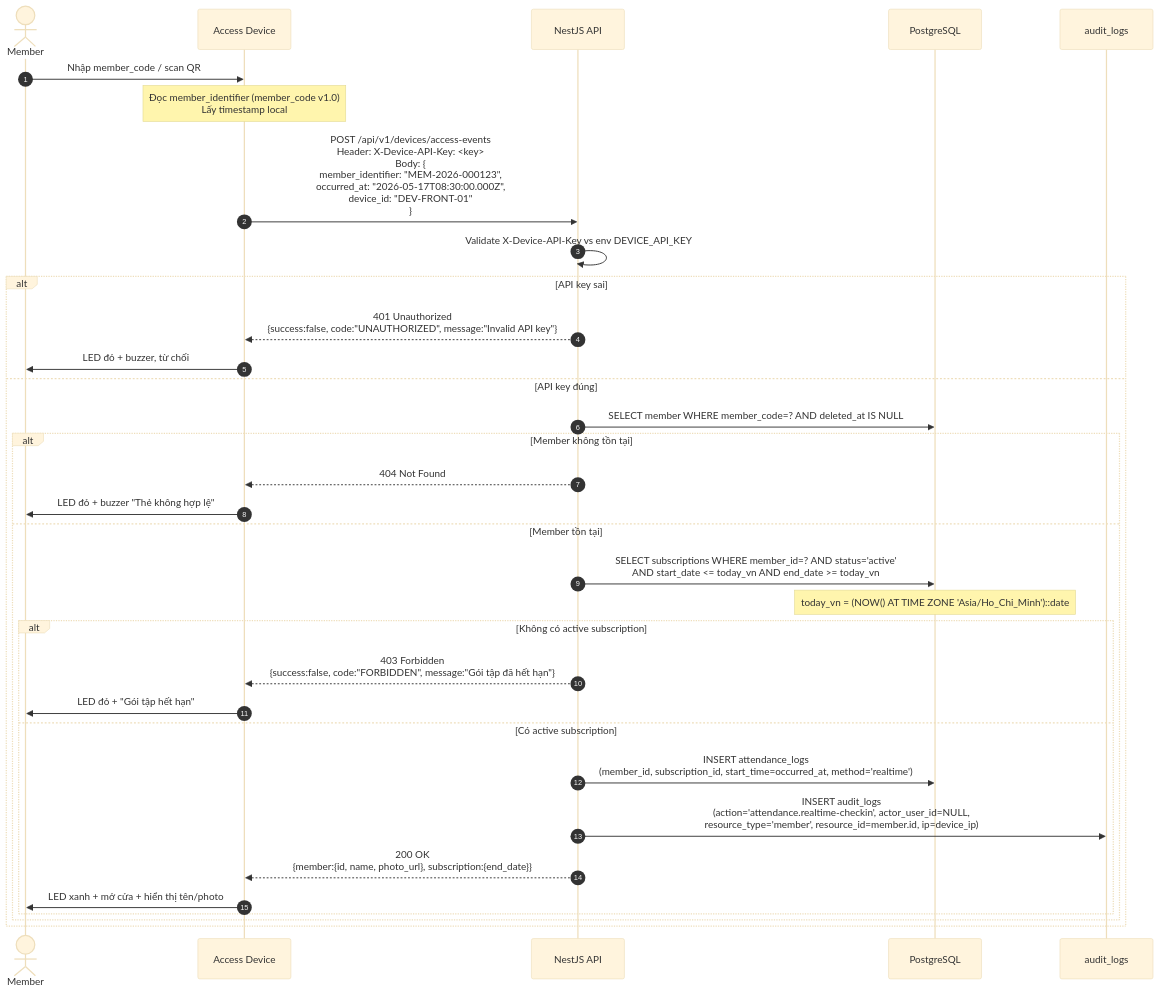
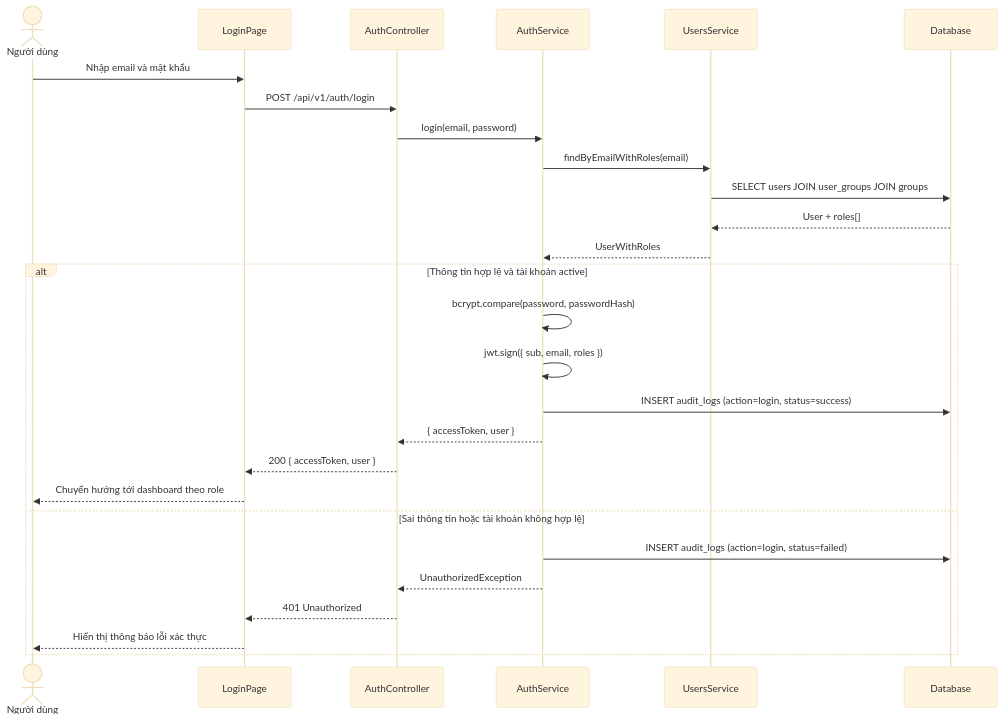
One commit to lethanhan01/gym-management-system changed the first of 42 diagrams in docs/VI/Design/Architecture.md. Above: the diagram before and after it, drawn with Mermaid (base theme). The commit also changed other lines of this file and 527 other files, not shown here.

````diff
--- a/docs/VI/Design/Architecture.md
+++ b/docs/VI/Design/Architecture.md
@@ -209,36 +9,31 @@
 ```mermaid
 sequenceDiagram
-    autonumber
-    actor M as Member
-    participant D as Access Device
-    participant API as NestJS API
-    participant DB as PostgreSQL
-    participant AUDIT as audit_logs
+    actor User as Người dùng
+    participant Client as LoginPage
+    participant API as AuthController
+    participant Auth as AuthService
+    participant UserSvc as UsersService
+    participant DB as Database
 
-    M->>D: Nhập member_code / scan QR
-    Note over D: Đọc member_identifier (member_code v1.0)<br/>Lấy timestamp local
-    D->>API: POST /api/v1/devices/access-events<br/>Header: X-Device-API-Key: <key><br/>Body: {<br/> member_identifier: "MEM-2026-000123",<br/> occurred_at: "2026-05-17T08:30:00.000Z",<br/> device_id: "DEV-FRONT-01"<br/>}
-    API->>API: Validate X-Device-API-Key vs env DEVICE_API_KEY
-    alt API key sai
-        API-->>D: 401 Unauthorized<br/>{success:false, code:"UNAUTHORIZED", message:"Invalid API key"}
-        D->>M: LED đỏ + buzzer, từ chối
-    else API key đúng
-        API->>DB: SELECT member WHERE member_code=? AND deleted_at IS NULL
-        alt Member không tồn tại
-            API-->>D: 404 Not Found
-            D->>M: LED đỏ + buzzer "Thẻ không hợp lệ"
-        else Member tồn tại
-            API->>DB: SELECT subscriptions WHERE member_id=? AND status='active'<br/>AND start_date <= today_vn AND end_date >= today_vn
-            Note over DB: today_vn = (NOW() AT TIME ZONE 'Asia/Ho_Chi_Minh')::date
-            alt Không có active subscription
-                API-->>D: 403 Forbidden<br/>{success:false, code:"FORBIDDEN", message:"Gói tập đã hết hạn"}
-                D->>M: LED đỏ + "Gói tập hết hạn"
-            else Có active subscription
-                API->>DB: INSERT attendance_logs<br/>(member_id, subscription_id, start_time=occurred_at, method='realtime')
-                API->>AUDIT: INSERT audit_logs<br/>(action='attendance.realtime-checkin', actor_user_id=NULL,<br/>resource_type='member', resource_id=member.id, ip=device_ip)
-                API-->>D: 200 OK<br/>{member:{id, name, photo_url}, subscription:{end_date}}
-                D->>M: LED xanh + mở cửa + hiển thị tên/photo
-            end
-        end
+    User->>Client: Nhập email và mật khẩu
+    Client->>API: POST /api/v1/auth/login
+    API->>Auth: login(email, password)
+    Auth->>UserSvc: findByEmailWithRoles(email)
+    UserSvc->>DB: SELECT users JOIN user_groups JOIN groups
+    DB-->>UserSvc: User + roles[]
+    UserSvc-->>Auth: UserWithRoles
+
+    alt Thông tin hợp lệ và tài khoản active
+        Auth->>Auth: bcrypt.compare(password, passwordHash)
+        Auth->>Auth: jwt.sign({ sub, email, roles })
+        Auth->>DB: INSERT audit_logs (action=login, status=success)
+        Auth-->>API: { accessToken, user }
+        API-->>Client: 200 { accessToken, user }
+        Client-->>User: Chuyển hướng tới dashboard theo role
+    else Sai thông tin hoặc tài khoản không hợp lệ
+        Auth->>DB: INSERT audit_logs (action=login, status=failed)
+        Auth-->>API: UnauthorizedException
+        API-->>Client: 401 Unauthorized
+        Client-->>User: Hiển thị thông báo lỗi xác thực
     end
 ```
````
